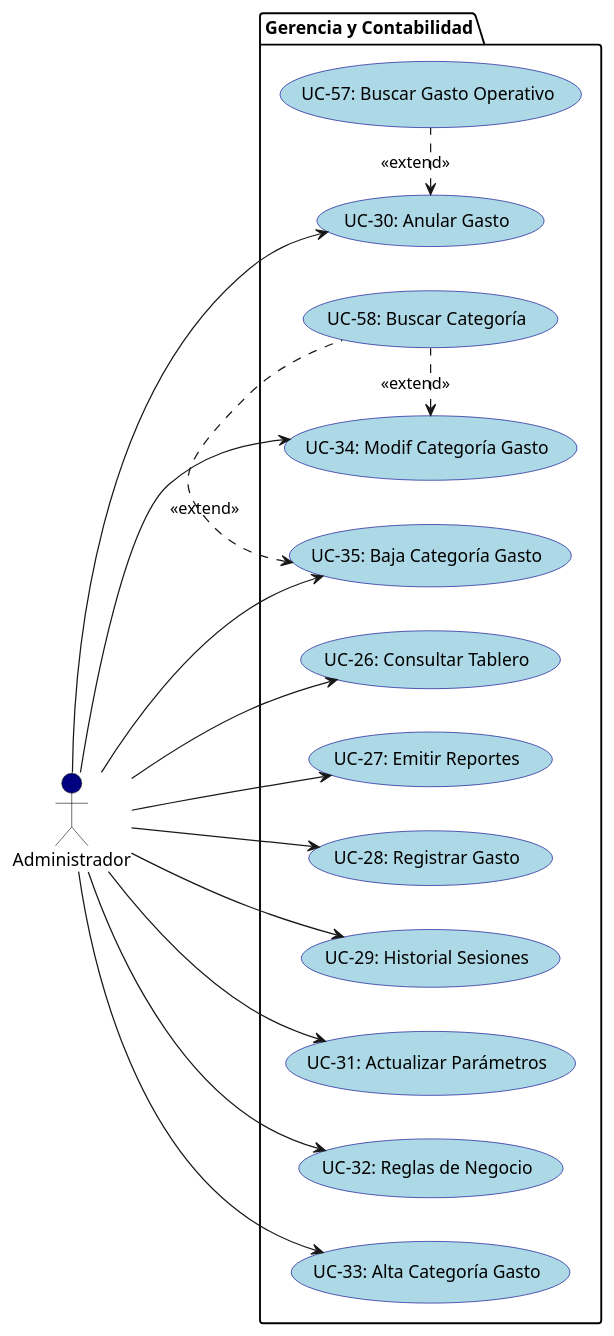
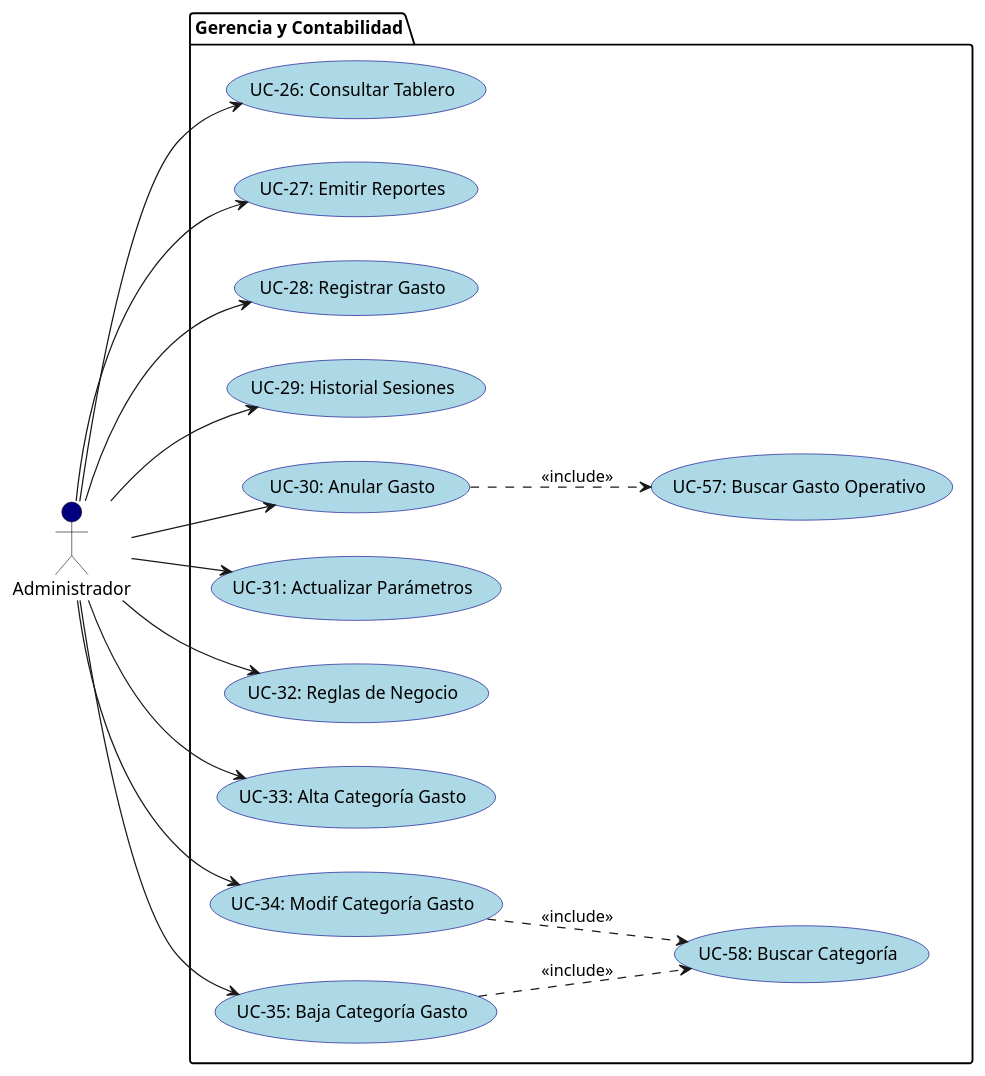
The fourth of 6 diagrams in docs/2_Requisitos_y_Arquitectura/diagramas_plantuml.md (DiegoParadiso/owens), drawn with PlantUML before and after one commit. The commit also changed other lines of this file and 15957 other files, not shown here.

````diff
--- a/docs/2_Requisitos_y_Arquitectura/diagramas_plantuml.md
+++ b/docs/2_Requisitos_y_Arquitectura/diagramas_plantuml.md
@@ -365,39 +381,39 @@
 ```plantuml
 @startuml
 left to right direction
 skinparam usecaseBackgroundColor LightBlue
 skinparam usecaseBorderColor DarkBlue
 skinparam actorBackgroundColor Navy
 
 actor "Administrador" as Administrador
 
 package "Gerencia y Contabilidad" {
     usecase "UC-26: Consultar Tablero" as UC26
     usecase "UC-27: Emitir Reportes" as UC27
     usecase "UC-28: Registrar Gasto" as UC28
     usecase "UC-29: Historial Sesiones" as UC29
     usecase "UC-30: Anular Gasto" as UC30
     usecase "UC-31: Actualizar Parámetros" as UC31
     usecase "UC-32: Reglas de Negocio" as UC32
     usecase "UC-33: Alta Categoría Gasto" as UC33
     usecase "UC-34: Modif Categoría Gasto" as UC34
     usecase "UC-35: Baja Categoría Gasto" as UC35
     usecase "UC-57: Buscar Gasto Operativo" as UC57
     usecase "UC-58: Buscar Categoría" as UC58
 }
 
 Administrador --> UC26
 Administrador --> UC27
 Administrador --> UC28
 Administrador --> UC29
 Administrador --> UC30
 Administrador --> UC31
 Administrador --> UC32
 Administrador --> UC33
 Administrador --> UC34
 Administrador --> UC35
-UC57 .left.> UC30 : <<extend>>
-UC58 .left.> UC34 : <<extend>>
-UC58 .left.> UC35 : <<extend>>
+UC30 ..> UC57 : <<include>>
+UC34 ..> UC58 : <<include>>
+UC35 ..> UC58 : <<include>>
 @enduml
 ```
````
